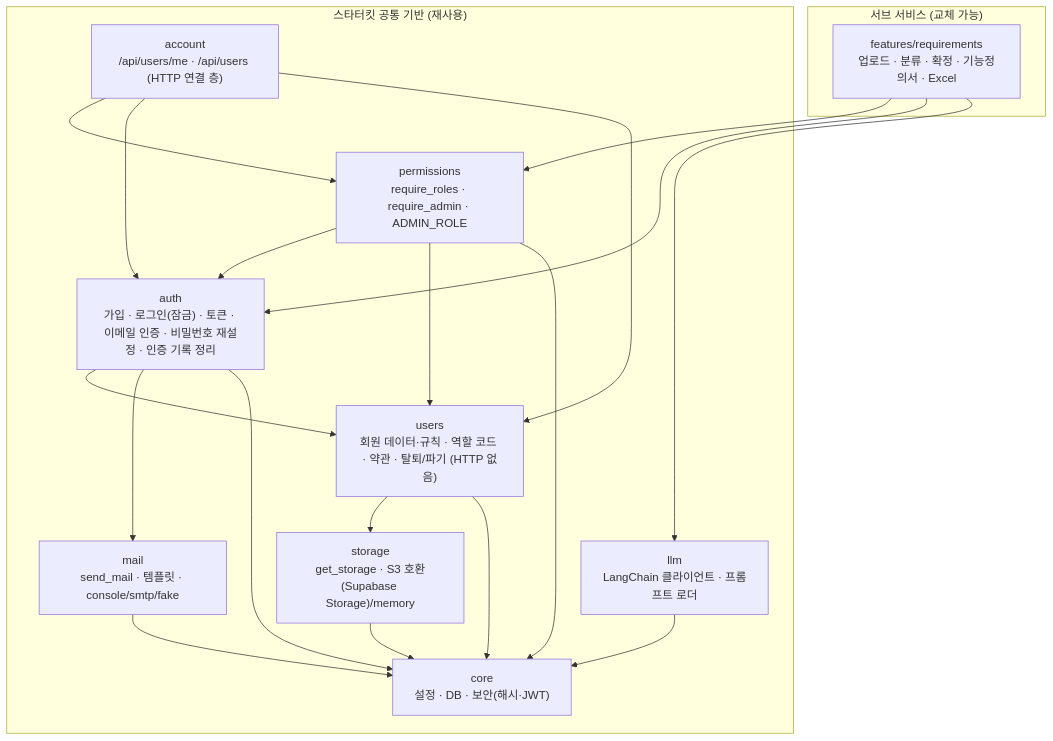
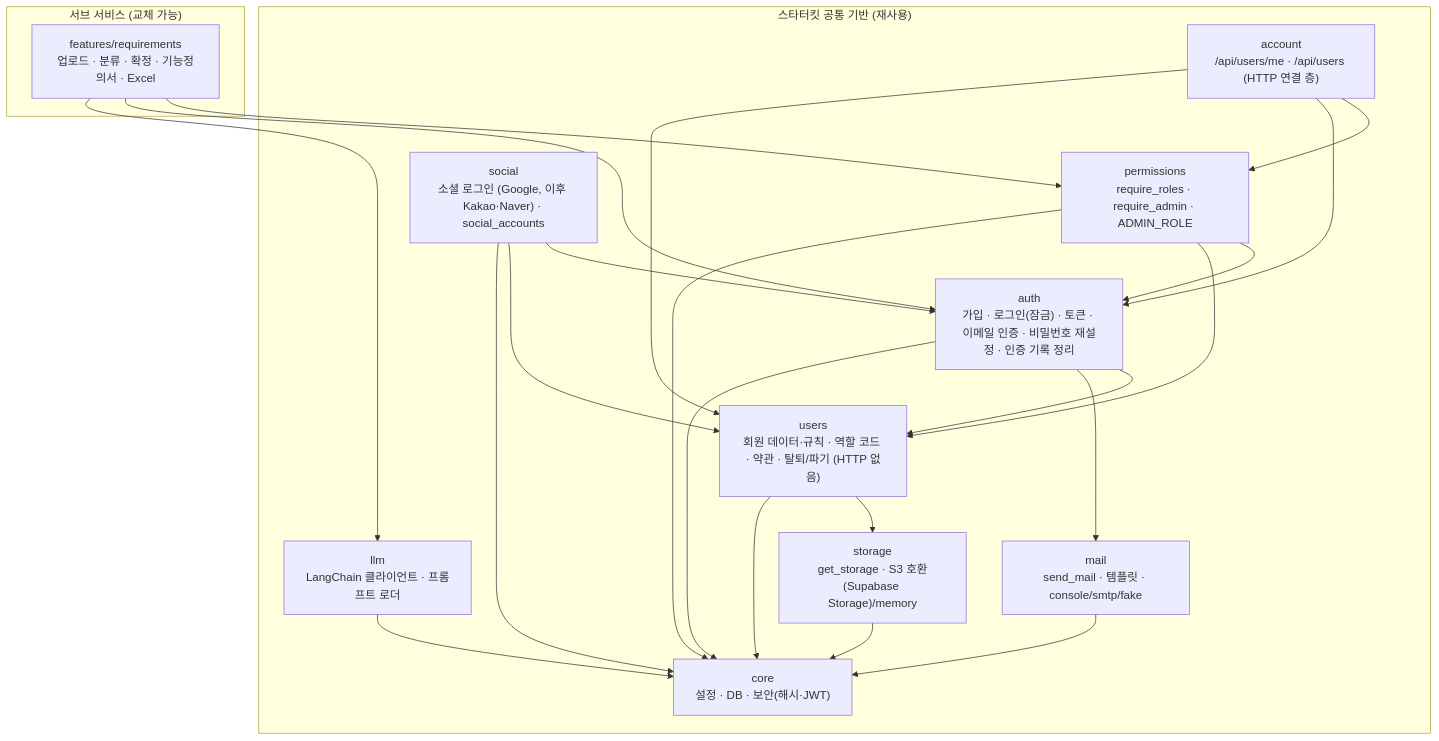
One commit to SNACKCUP/meerkit-snack changed the diagram in docs/architecture.md. Above: the diagram before and after it, drawn with Mermaid. The commit also changed other lines of this file and 27 other files, not shown here.

First line of the commit message:
feat(social): 소셜 로그인 킷 모듈 추가 (Google 구현, Kakao·Naver 확장 구조)

````diff
--- a/docs/architecture.md
+++ b/docs/architecture.md
@@ -14,33 +14,37 @@
 ```mermaid
 flowchart TB
     subgraph KIT["스타터킷 공통 기반 (재사용)"]
         core["core<br/>설정 · DB · 보안(해시·JWT)"]
         users["users<br/>회원 데이터·규칙 · 역할 코드 · 약관 · 탈퇴/파기 (HTTP 없음)"]
         auth["auth<br/>가입 · 로그인(잠금) · 토큰 · 이메일 인증 · 비밀번호 재설정 · 인증 기록 정리"]
         perm["permissions<br/>require_roles · require_admin · ADMIN_ROLE"]
         account["account<br/>/api/users/me · /api/users (HTTP 연결 층)"]
+        social["social<br/>소셜 로그인 (Google, 이후 Kakao·Naver) · social_accounts"]
         llm["llm<br/>LangChain 클라이언트 · 프롬프트 로더"]
         mail["mail<br/>send_mail · 템플릿 · console/smtp/fake"]
         storage["storage<br/>get_storage · S3 호환(Supabase Storage)/memory"]
     end
     subgraph FEAT["서브 서비스 (교체 가능)"]
         req["features/requirements<br/>업로드 · 분류 · 확정 · 기능정의서 · Excel"]
     end
     req --> perm
     req --> auth
     req --> llm
     account --> perm
     account --> auth
     account --> users
     perm --> auth
+    social --> auth
+    social --> users
     perm --> users
     auth --> users
     auth --> mail
     users --> storage
     users --> core
     auth --> core
+    social --> core
     perm --> core
     mail --> core
     llm --> core
     storage --> core
 ```
````
